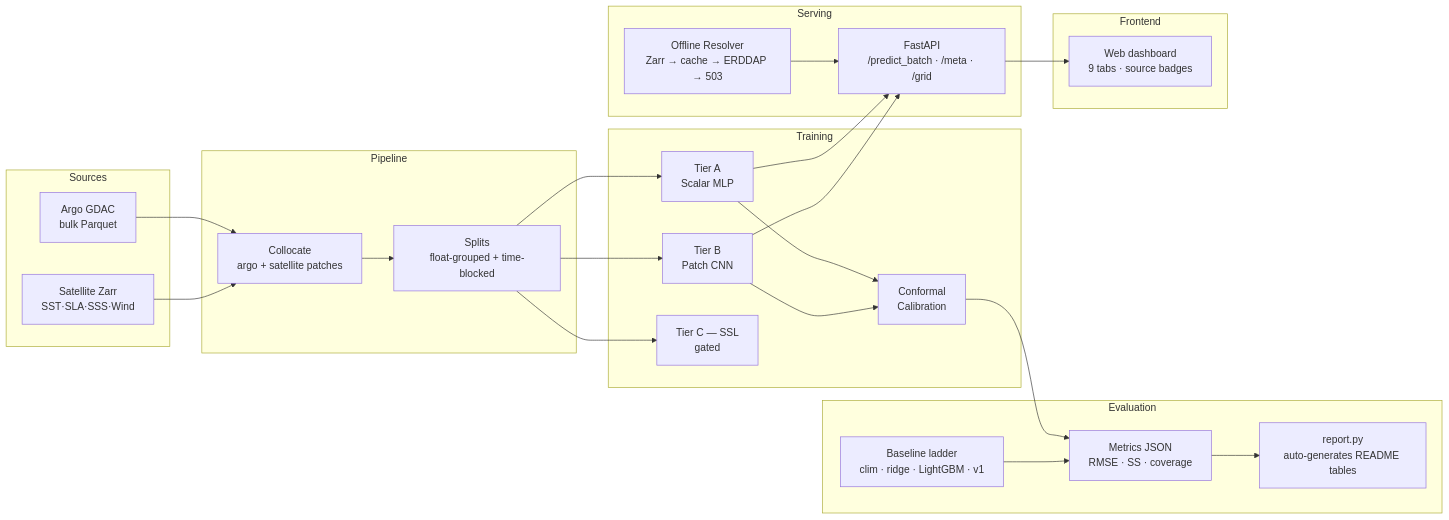
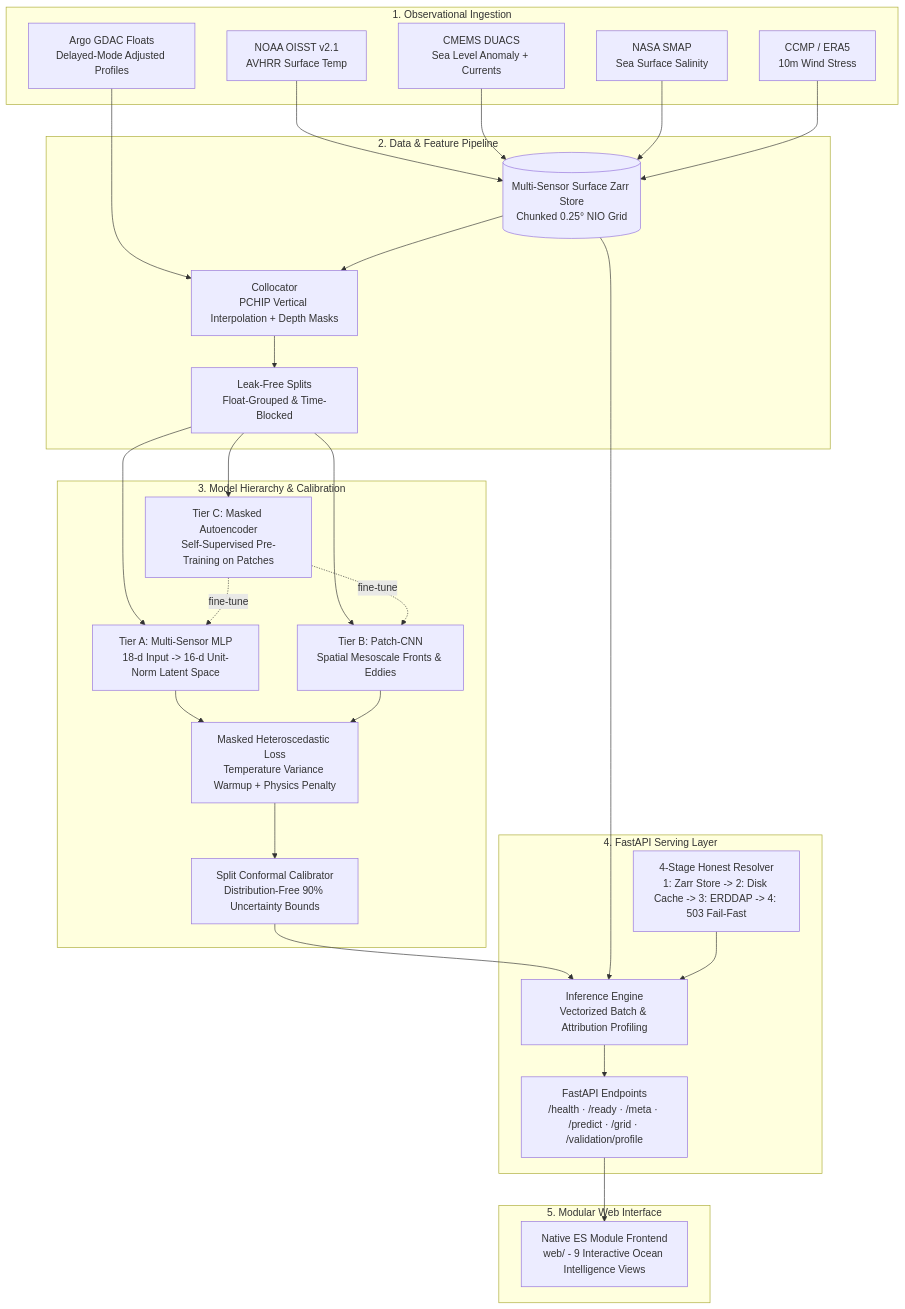
One commit to FarhanAaqil/AquaSphere changed the diagram in docs/ARCHITECTURE.md. Above: the diagram before and after it, drawn with Mermaid. The commit also changed other lines of this file and 9 other files, not shown here.

Commit message:
auto-generated benchmark tables model cards and demo pitch script

````diff
--- a/docs/ARCHITECTURE.md
+++ b/docs/ARCHITECTURE.md
@@ -3,41 +11,46 @@
 ```mermaid
-flowchart LR
-    subgraph Sources
-        A[Argo GDAC\nbulk Parquet]
-        S[Satellite Zarr\nSST·SLA·SSS·Wind]
-    end
-    subgraph Pipeline
-        C[Collocate\nargo + satellite patches]
-        SP[Splits\nfloat-grouped + time-blocked]
-    end
-    subgraph Training
-        TA[Tier A\nScalar MLP]
-        TB[Tier B\nPatch CNN]
-        TC[Tier C — SSL\ngated]
-        CAL[Conformal\nCalibration]
-    end
-    subgraph Evaluation
-        BL[Baseline ladder\nclim · ridge · LightGBM · v1]
-        M[Metrics JSON\nRMSE · SS · coverage]
-        RPT[report.py\nauto-generates README tables]
-    end
-    subgraph Serving
-        API[FastAPI\n/predict_batch · /meta · /grid]
-        RES[Offline Resolver\nZarr → cache → ERDDAP → 503]
-    end
-    subgraph Frontend
-        UI[Web dashboard\n9 tabs · source badges]
+flowchart TD
+    subgraph Data_Sources[1. Observational Ingestion]
+        OISST[NOAA OISST v2.1\nAVHRR Surface Temp]
+        DUACS[CMEMS DUACS\nSea Level Anomaly + Currents]
+        SMAP[NASA SMAP\nSea Surface Salinity]
+        WIND[CCMP / ERA5\n10m Wind Stress]
+        ARGO[Argo GDAC Floats\nDelayed-Mode Adjusted Profiles]
     end
 
-    A --> C
-    S --> C
-    C --> SP
-    SP --> TA & TB & TC
-    TA & TB --> CAL
-    CAL --> M
-    BL --> M
-    M --> RPT
-    TA & TB --> API
-    RES --> API
+    subgraph Storage[2. Data & Feature Pipeline]
+        STORE[(Multi-Sensor Surface Zarr Store\nChunked 0.25° NIO Grid)]
+        COL[Collocator\nPCHIP Vertical Interpolation + Depth Masks]
+        SPLIT[Leak-Free Splits\nFloat-Grouped & Time-Blocked]
+    end
+
+    subgraph Modeling[3. Model Hierarchy & Calibration]
+        SSL[Tier C: Masked Autoencoder\nSelf-Supervised Pre-Training on Patches]
+        CNN[Tier B: Patch-CNN\nSpatial Mesoscale Fronts & Eddies]
+        MLP[Tier A: Multi-Sensor MLP\n18-d Input -> 16-d Unit-Norm Latent Space]
+        LOSS[Masked Heteroscedastic Loss\nTemperature Variance Warmup + Physics Penalty]
+        CAL[Split Conformal Calibrator\nDistribution-Free 90% Uncertainty Bounds]
+    end
+
+    subgraph Serving[4. FastAPI Serving Layer]
+        RES[4-Stage Honest Resolver\n1: Zarr Store -> 2: Disk Cache -> 3: ERDDAP -> 4: 503 Fail-Fast]
+        ENG[Inference Engine\nVectorized Batch & Attribution Profiling]
+        API[FastAPI Endpoints\n/health · /ready · /meta · /predict · /grid · /validation/profile]
+    end
+
+    subgraph Frontend[5. Modular Web Interface]
+        UI[Native ES Module Frontend\nweb/ - 9 Interactive Ocean Intelligence Views]
+    end
+
+    OISST & DUACS & SMAP & WIND --> STORE
+    ARGO & STORE --> COL
+    COL --> SPLIT
+    SPLIT --> SSL & CNN & MLP
+    SSL -. fine-tune .-> CNN & MLP
+    MLP & CNN --> LOSS
+    LOSS --> CAL
+    CAL --> ENG
+    STORE & RES --> ENG
+    ENG --> API
     API --> UI
 ```
````
